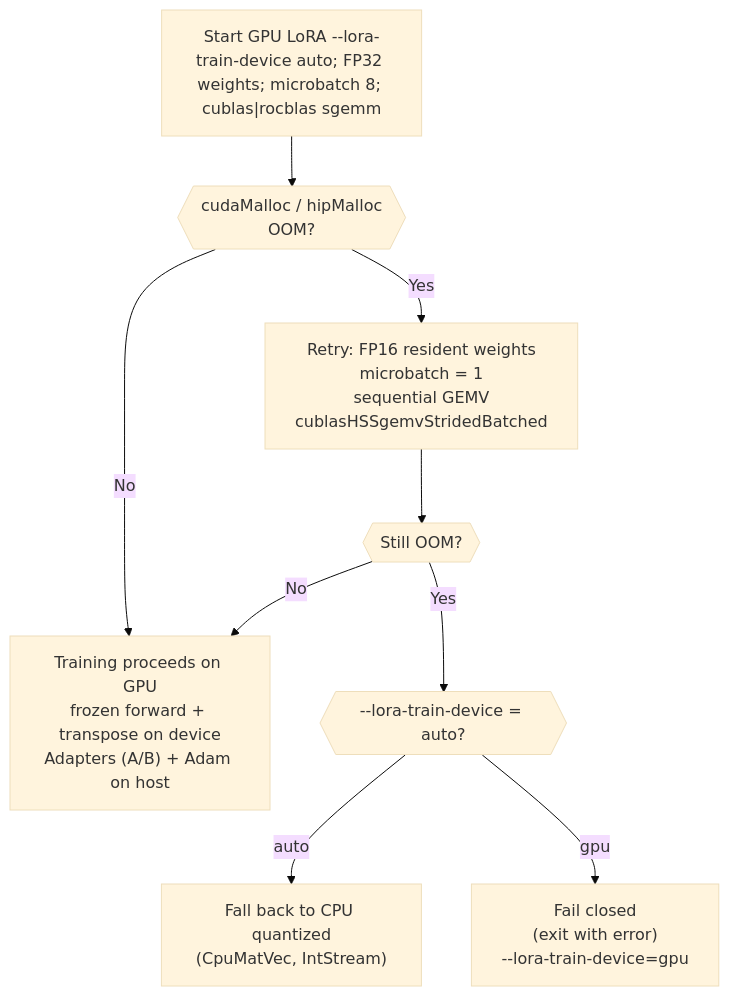
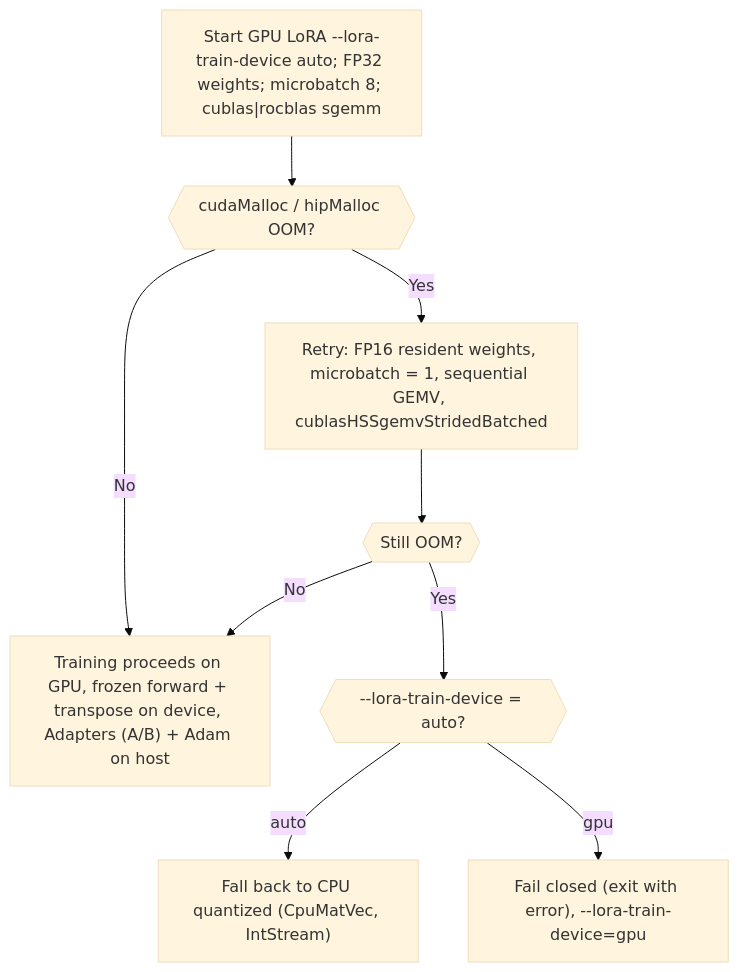
One commit to ml-cab/juno changed the diagram in juno-documentation/part4/03-training-guide.md. Above: the diagram before and after it, drawn with Mermaid (base theme). The commit also changed 20 other files, not shown here.

Commit message:
mermaids updated, getting rid of new line character

````diff
--- a/juno-documentation/part4/03-training-guide.md
+++ b/juno-documentation/part4/03-training-guide.md
@@ -68,19 +68,19 @@
 ```{mermaid}
 flowchart TD
     Start["Start GPU LoRA --lora-train-device auto; FP32 weights; microbatch 8; cublas|rocblas sgemm"]
-    OOM1{{"cudaMalloc / hipMalloc\nOOM?"}}
-    FP16["Retry: FP16 resident weights\nmicrobatch = 1\nsequential GEMV\ncublasHSSgemvStridedBatched"]
+    OOM1{{"cudaMalloc / hipMalloc OOM?"}}
+    FP16["Retry: FP16 resident weights, microbatch = 1, sequential GEMV, cublasHSSgemvStridedBatched"]
     OOM2{{"Still OOM?"}}
     Auto{{"--lora-train-device = auto?"}}
-    CPU["Fall back to CPU quantized\n(CpuMatVec, IntStream)"]
-    Fail["Fail closed\n(exit with error)\n--lora-train-device=gpu"]
-    Success["Training proceeds on GPU\nfrozen forward + transpose on device\nAdapters (A/B) + Adam on host"]
+    CPU["Fall back to CPU quantized (CpuMatVec, IntStream)"]
+    Fail["Fail closed (exit with error), --lora-train-device=gpu"]
+    Success["Training proceeds on GPU, frozen forward + transpose on device, Adapters (A/B) + Adam on host"]
 
     Start --> OOM1
     OOM1 -->|"No"| Success
     OOM1 -->|"Yes"| FP16 --> OOM2
     OOM2 -->|"No"| Success
     OOM2 -->|"Yes"| Auto
     Auto -->|"auto"| CPU
     Auto -->|"gpu"| Fail
 ```
````
